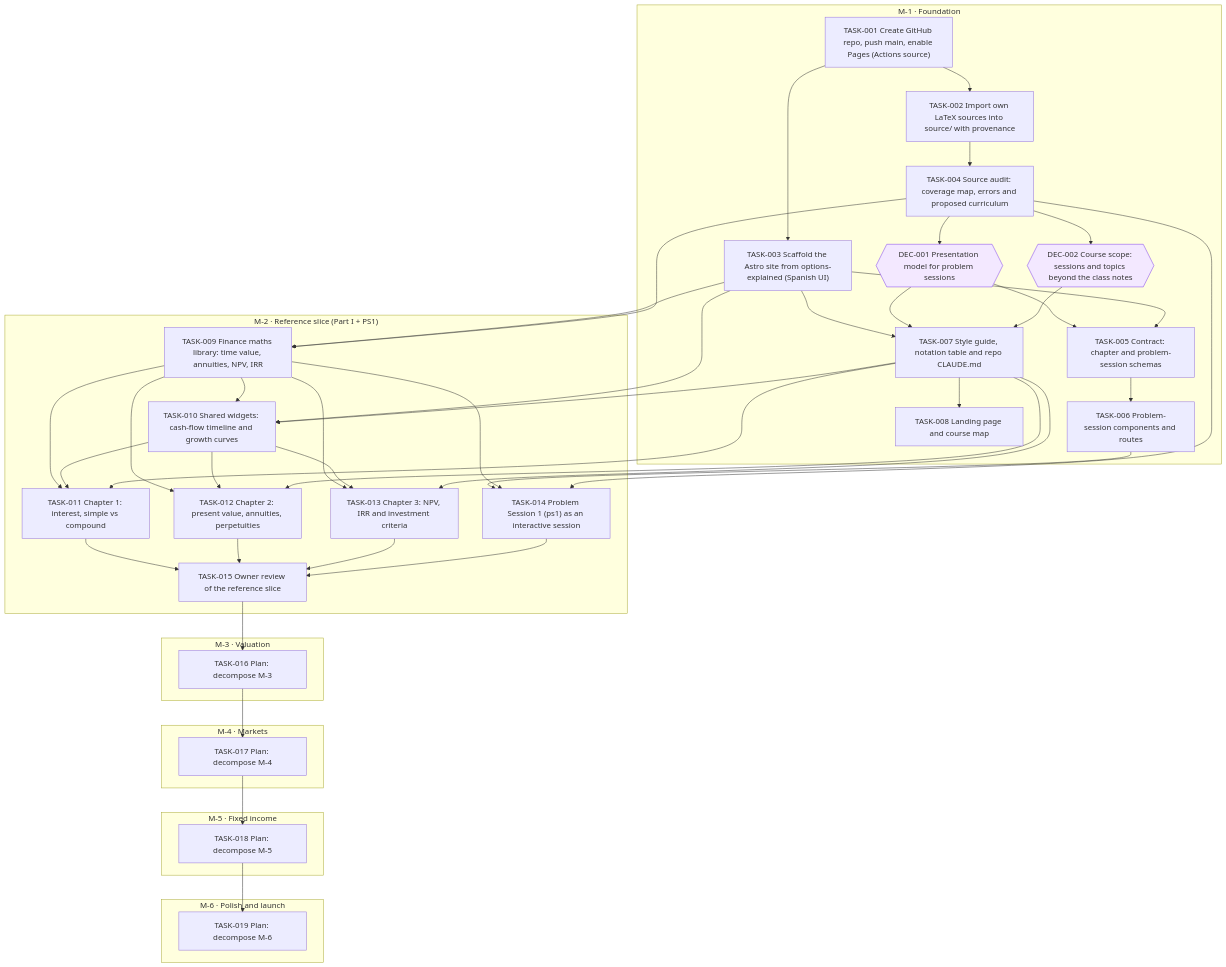
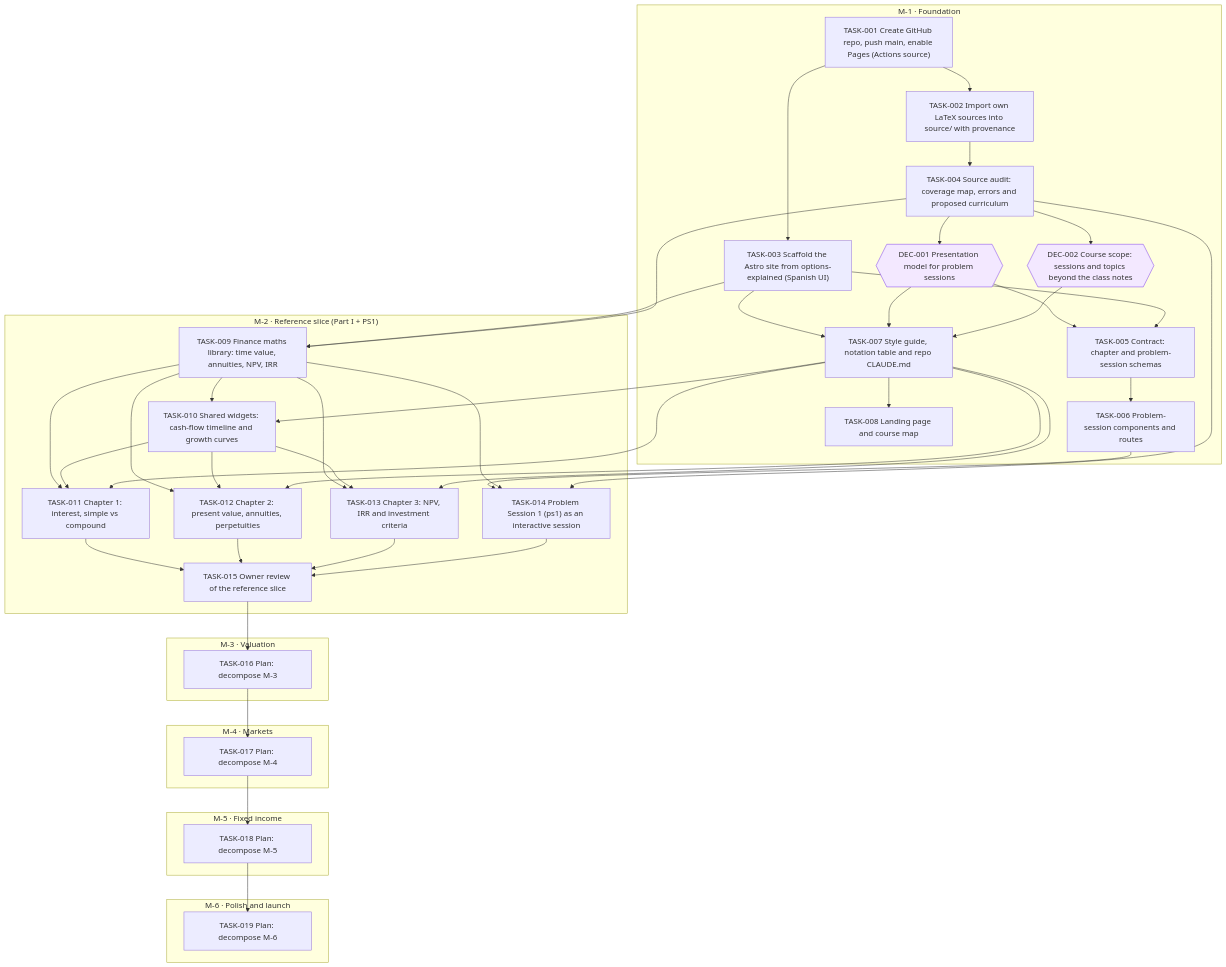
Before and after one commit to jesusvillota/economia-financiera: the diagram in goals/course-site/README.md, drawn with Mermaid. The commit also changed 1 other file, not shown here.

Commit message:
goal(course-site): unlink TASK-010 after TASK-003

````diff
--- a/goals/course-site/README.md
+++ b/goals/course-site/README.md
@@ -19,78 +19,77 @@
 ```mermaid
 flowchart TD
   subgraph M_1["M-1 · Foundation"]
     DEC_001{{"DEC-001 Presentation model for problem sessions"}}
     DEC_002{{"DEC-002 Course scope: sessions and topics beyond the class notes"}}
     TASK_001["TASK-001 Create GitHub repo, push main, enable Pages (Actions source)"]
     TASK_002["TASK-002 Import own LaTeX sources into source/ with provenance"]
     TASK_003["TASK-003 Scaffold the Astro site from options-explained (Spanish UI)"]
     TASK_004["TASK-004 Source audit: coverage map, errors and proposed curriculum"]
     TASK_005["TASK-005 Contract: chapter and problem-session schemas"]
     TASK_006["TASK-006 Problem-session components and routes"]
     TASK_007["TASK-007 Style guide, notation table and repo CLAUDE.md"]
     TASK_008["TASK-008 Landing page and course map"]
   end
   subgraph M_2["M-2 · Reference slice (Part I + PS1)"]
     TASK_009["TASK-009 Finance maths library: time value, annuities, NPV, IRR"]
     TASK_010["TASK-010 Shared widgets: cash-flow timeline and growth curves"]
     TASK_011["TASK-011 Chapter 1: interest, simple vs compound"]
     TASK_012["TASK-012 Chapter 2: present value, annuities, perpetuities"]
     TASK_013["TASK-013 Chapter 3: NPV, IRR and investment criteria"]
     TASK_014["TASK-014 Problem Session 1 (ps1) as an interactive session"]
     TASK_015["TASK-015 Owner review of the reference slice"]
   end
   subgraph M_3["M-3 · Valuation"]
     TASK_016["TASK-016 Plan: decompose M-3"]
   end
   subgraph M_4["M-4 · Markets"]
     TASK_017["TASK-017 Plan: decompose M-4"]
   end
   subgraph M_5["M-5 · Fixed income"]
     TASK_018["TASK-018 Plan: decompose M-5"]
   end
   subgraph M_6["M-6 · Polish and launch"]
     TASK_019["TASK-019 Plan: decompose M-6"]
   end
   TASK_004 --> DEC_001
   TASK_004 --> DEC_002
   TASK_001 --> TASK_002
   TASK_001 --> TASK_003
   TASK_002 --> TASK_004
   DEC_001 --> TASK_005
   TASK_003 --> TASK_005
   TASK_005 --> TASK_006
   TASK_003 --> TASK_007
   DEC_001 --> TASK_007
   DEC_002 --> TASK_007
   TASK_007 --> TASK_008
   TASK_003 --> TASK_009
   TASK_004 --> TASK_009
-  TASK_003 --> TASK_010
   TASK_007 --> TASK_010
   TASK_009 --> TASK_010
   TASK_009 --> TASK_011
   TASK_010 --> TASK_011
   TASK_007 --> TASK_011
   TASK_009 --> TASK_012
   TASK_010 --> TASK_012
   TASK_007 --> TASK_012
   TASK_009 --> TASK_013
   TASK_010 --> TASK_013
   TASK_007 --> TASK_013
   TASK_006 --> TASK_014
   TASK_009 --> TASK_014
   TASK_004 --> TASK_014
   TASK_011 --> TASK_015
   TASK_012 --> TASK_015
   TASK_013 --> TASK_015
   TASK_014 --> TASK_015
   TASK_015 --> TASK_016
   TASK_016 --> TASK_017
   TASK_017 --> TASK_018
   TASK_018 --> TASK_019
   classDef draft stroke-dasharray: 4 3
   classDef cancelled opacity:0.45
   classDef decision fill:#f3e8ff,stroke:#7c3aed
   class DEC_001 decision
   class DEC_002 decision
 ```
````
